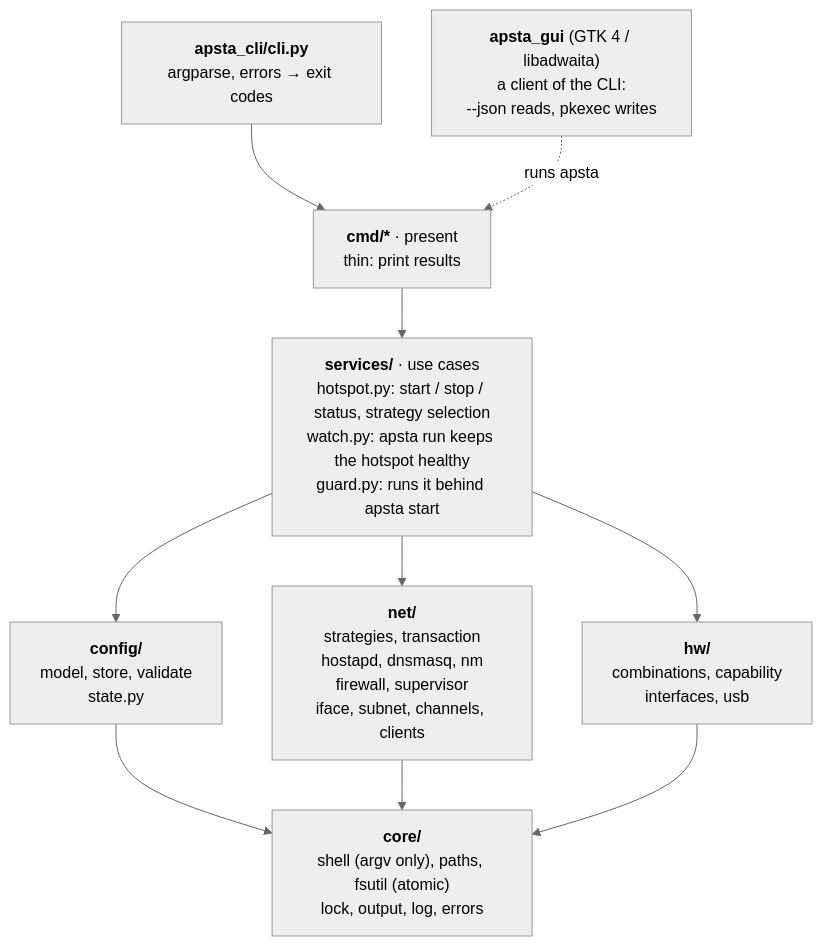
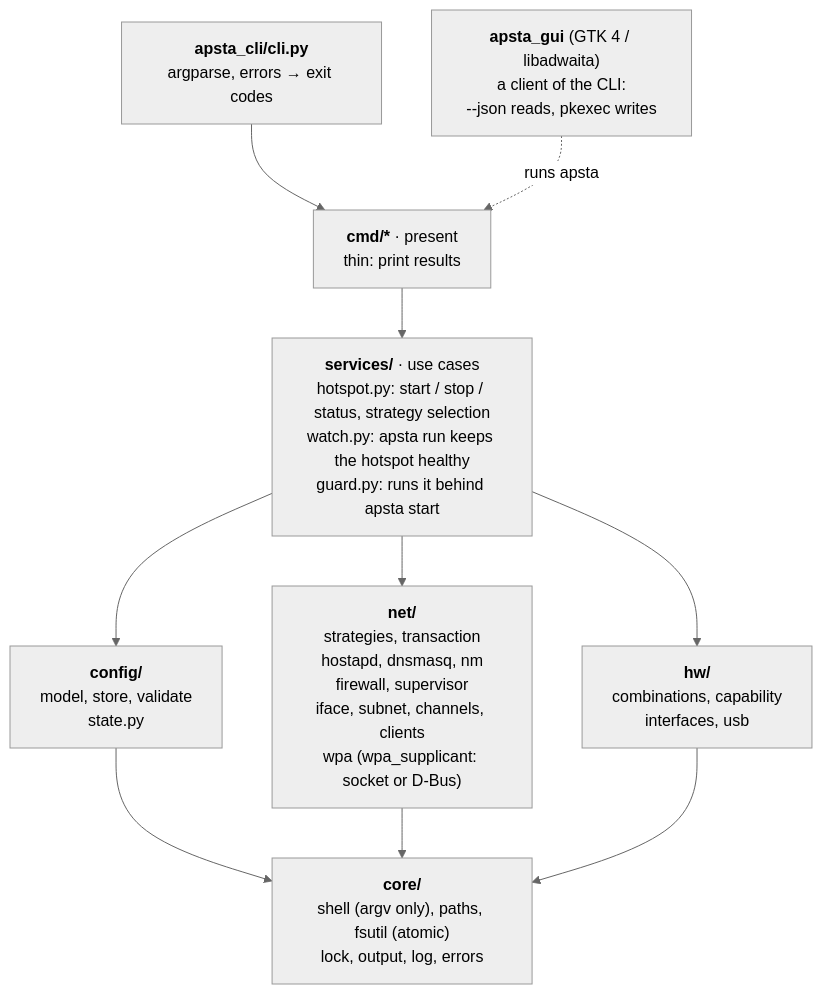
Before and after one commit to krotrn/apsta: the first of 4 diagrams in docs/ARCHITECTURE.md, drawn with Mermaid (neutral theme). The commit also changed other lines of this file, not shown here.

Commit message:
docs: architecture covers wpa.py, the method setting and decision notes

````diff
--- a/docs/ARCHITECTURE.md
+++ b/docs/ARCHITECTURE.md
@@ -8,17 +8,17 @@
 ```mermaid
 flowchart TD
     CLI["<b>apsta_cli/cli.py</b><br/>argparse, errors → exit codes"]
     GUI["<b>apsta_gui</b> (GTK 4 / libadwaita)<br/>a client of the CLI:<br/>--json reads, pkexec writes"]
     CMD["<b>cmd/*</b> · present<br/>thin: print results"]
     SVC["<b>services/</b> · use cases<br/>hotspot.py: start / stop / status, strategy selection<br/>watch.py: apsta run keeps the hotspot healthy<br/>guard.py: runs it behind apsta start"]
     CFG["<b>config/</b><br/>model, store, validate<br/>state.py"]
-    NET["<b>net/</b><br/>strategies, transaction<br/>hostapd, dnsmasq, nm<br/>firewall, supervisor<br/>iface, subnet, channels, clients"]
+    NET["<b>net/</b><br/>strategies, transaction<br/>hostapd, dnsmasq, nm<br/>firewall, supervisor<br/>iface, subnet, channels, clients<br/>wpa (wpa_supplicant: socket or D-Bus)"]
     HW["<b>hw/</b><br/>combinations, capability<br/>interfaces, usb"]
     CORE["<b>core/</b><br/>shell (argv only), paths, fsutil (atomic)<br/>lock, output, log, errors"]
 
     CLI --> CMD
     GUI -. "runs apsta" .-> CMD
     CMD --> SVC
     SVC --> CFG & NET & HW
     CFG & NET & HW --> CORE
 ```
````
